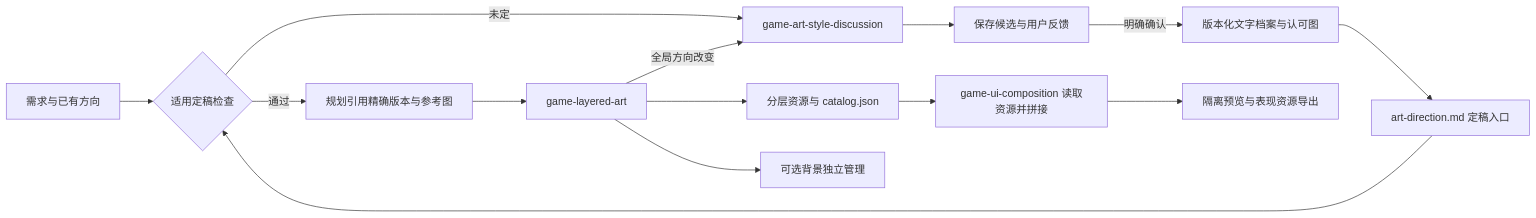
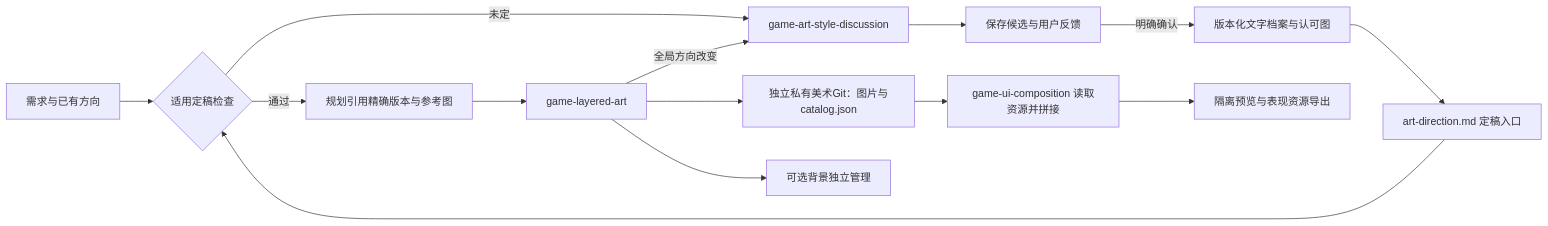
The first of 2 diagrams in architecture.md (229196637/game-development-skills), drawn with Mermaid before and after one commit. The commit also changed other lines of this file and 11 other files, not shown here.

````diff
--- a/architecture.md
+++ b/architecture.md
@@ -9,22 +11,22 @@
 ```mermaid
 flowchart LR
   N[需求与已有方向] --> V{适用定稿检查}
   V -->|未定| D[game-art-style-discussion]
   D --> C[保存候选与用户反馈]
   C -->|明确确认| S[版本化文字档案与认可图]
   S --> F[art-direction.md 定稿入口]
   F --> V
   V -->|通过| P[规划引用精确版本与参考图]
   P --> A[game-layered-art]
   A -->|全局方向改变| D
-  A --> R[分层资源与 catalog.json]
+  A --> R[独立私有美术Git：图片与catalog.json]
   R --> UI[game-ui-composition 读取资源并拼接]
   UI --> EX[隔离预览与表现资源导出]
   A --> BG[可选背景独立管理]
   click A "game-layered-art/SKILL.md"
   click D "game-art-style-discussion/SKILL.md"
   click S "game-layered-art/references/style.md"
   click R "game-layered-art/references/resources.md"
   click UI "game-ui-composition/SKILL.md"
   click EX "game-ui-composition/references/export.md"
 ```
````
